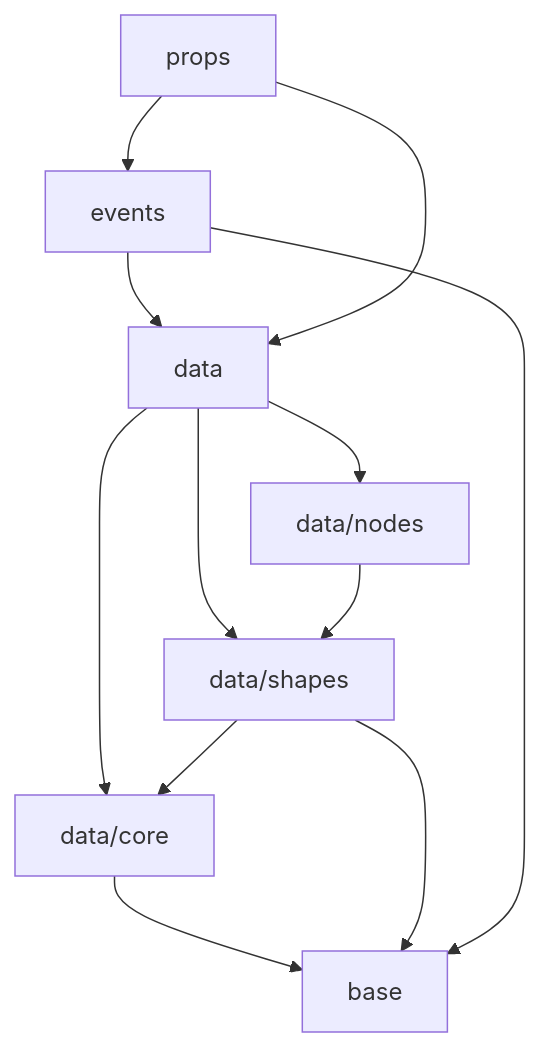
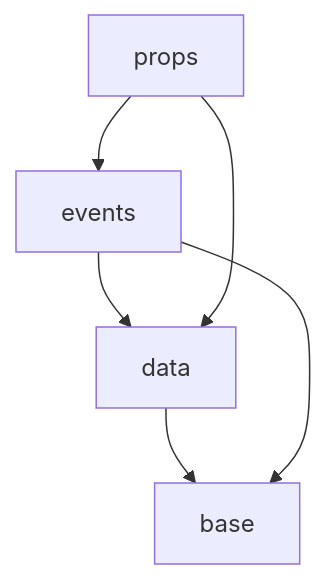
One commit to gznnk/json-draw-prealpha changed the second of 3 diagrams in src/features/svg-canvas/MODULE_DEPENDENCY_RULES.md. Above: the diagram before and after it, drawn with Mermaid. The commit also changed 222 other files, not shown here.

````diff
--- a/src/features/svg-canvas/MODULE_DEPENDENCY_RULES.md
+++ b/src/features/svg-canvas/MODULE_DEPENDENCY_RULES.md
@@ -20,14 +20,8 @@
 ```mermaid
 graph TD
-    data --> data/core
-    data --> data/shapes
-    data --> data/nodes
-    data/core --> base
-    data/shapes --> data/core
-    data/shapes --> base
-    data/nodes --> data/shapes
+    data --> base
     events --> base
     events --> data
     props --> data
     props --> events
 ```
````
